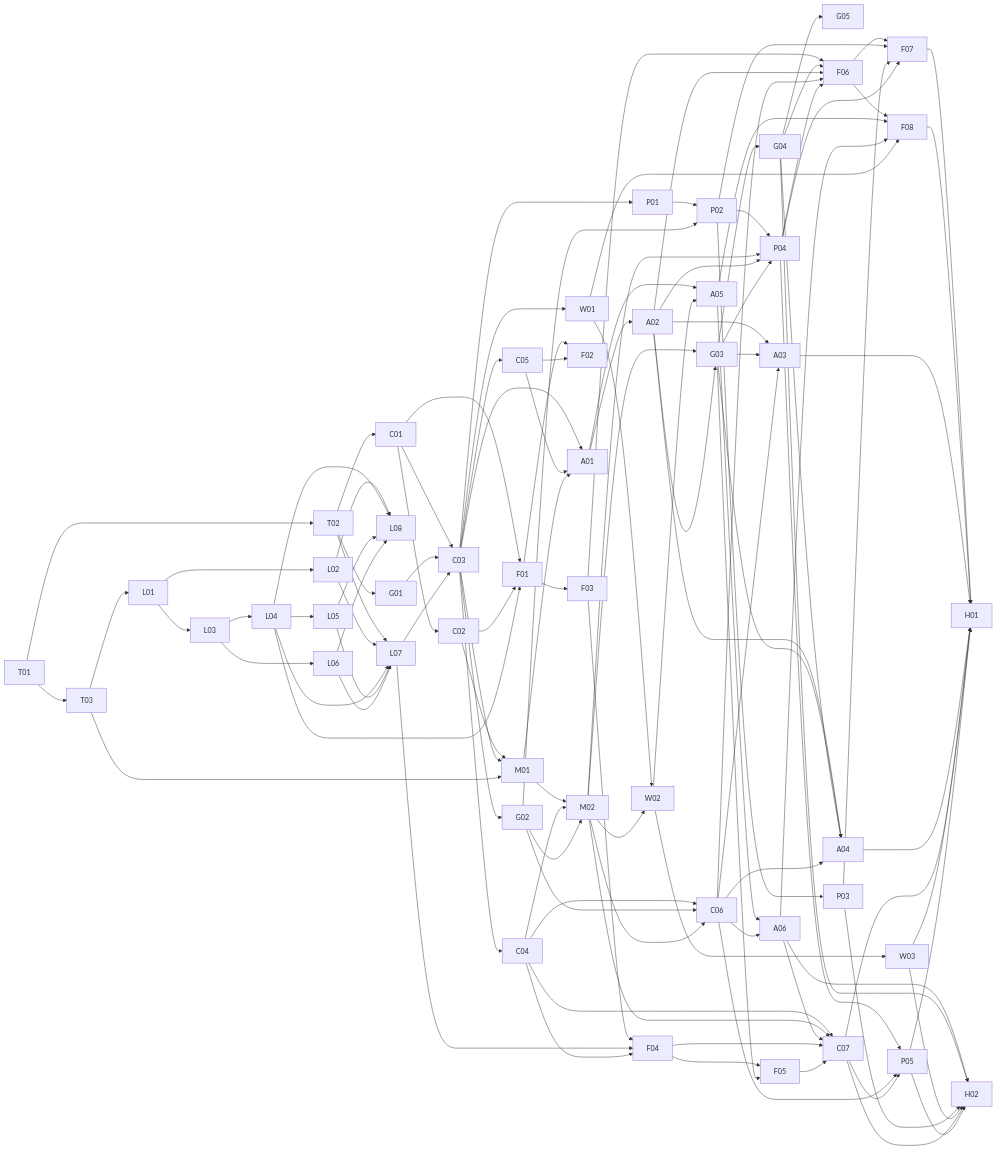
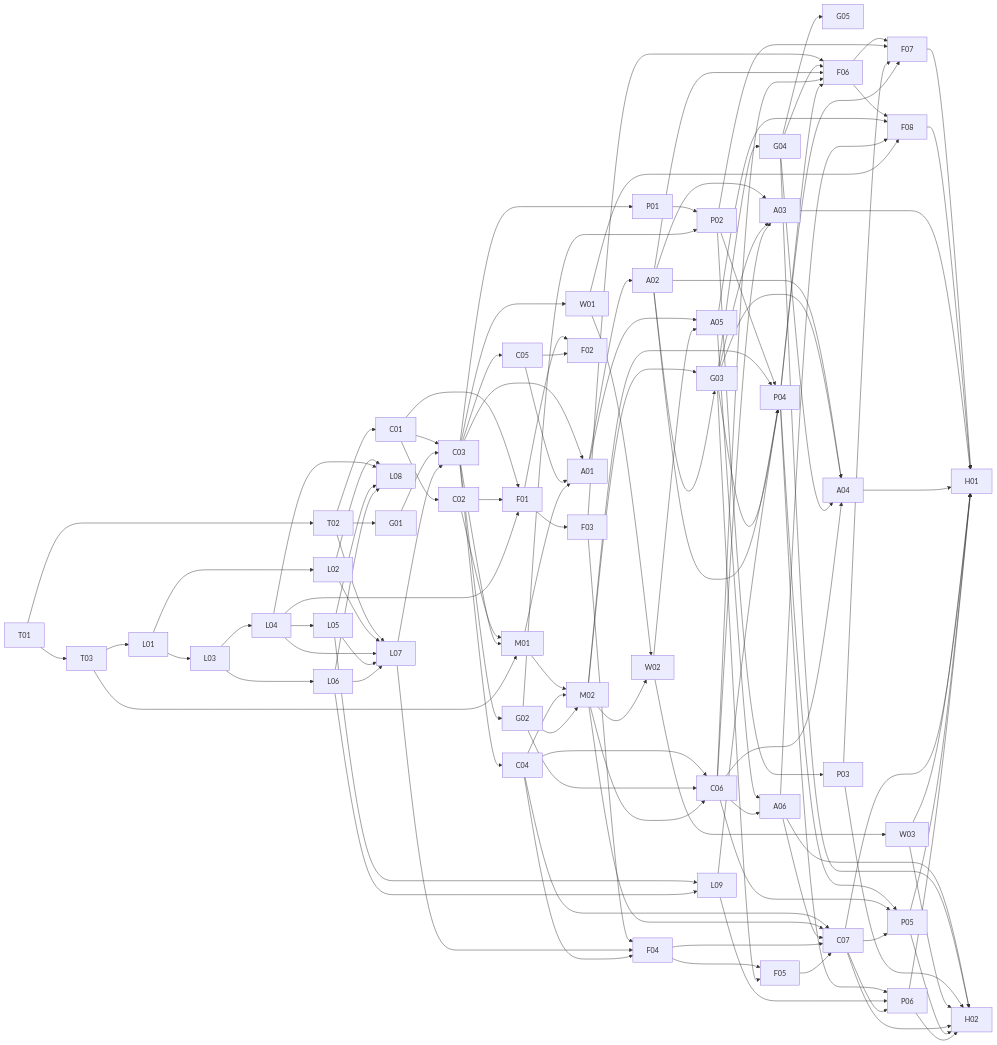
Before and after one commit to hankhan425/open-maru: the diagram in docs/mvp/tasks/TASKS.md, drawn with Mermaid. The commit also changed other lines of this file and 31 other files, not shown here.

````diff
--- a/docs/mvp/tasks/TASKS.md
+++ b/docs/mvp/tasks/TASKS.md
@@ -86,41 +88,43 @@
 ```mermaid
 graph LR
   T01-->T02 & T03
   T03-->L01
   L01-->L02 & L03
   L03-->L04 & L06
   L04-->L05
   T02-->L07
   L02 & L04 & L05 & L06-->L07
   L02 & L04 & L05 & L06-->L08
+  L05 & L06-->L09
   T02-->C01 & G01
   C01-->C02
   C01 & G01 & L07-->C03
   C03-->C04 & C05 & G02 & P01 & W01
   C02 & C03 & T03-->M01
   M01 & C04 & G02-->M02
   C04 & G02 & M02-->C06
   C03 & C05 & M01-->A01
   A01-->A02
   M02 & A02-->G03
   G03-->G04-->G05
   P01 & G02-->P02-->P03
-  P02 & M02 & A02 & G03-->P04
+  P02 & M02 & A02 & G03 & L09-->P04
   P04 & C06 & C07-->P05
+  P04 & L09 & C07-->P06
   W01 & M02-->W02-->W03
   A02 & G03 & C06-->A03
   A02 & G03 & G04 & C06-->A04
   A01 & W02-->A05
   A05 & C06-->A06
   C04 & M02 & A06 & F04 & F05-->C07
   C01 & C02 & L04-->F01
   F01 & C05-->F02
   F01-->F03
   F03 & L07 & C04-->F04
   F04 & G03-->F05
   F03 & G04 & A02 & C06 & P04-->F06
   F06 & P02 & P03 & P04-->F07
   F06 & A05 & A06 & W01-->F08
-  F07 & F08 & A03 & A04 & W03 & C07 & P05-->H01
-  A06 & G04 & P03 & W03 & C07 & P05-->H02
+  F07 & F08 & A03 & A04 & W03 & C07 & P05 & P06-->H01
+  A06 & G04 & P03 & W03 & C07 & P05 & P06-->H02
 ```
````
